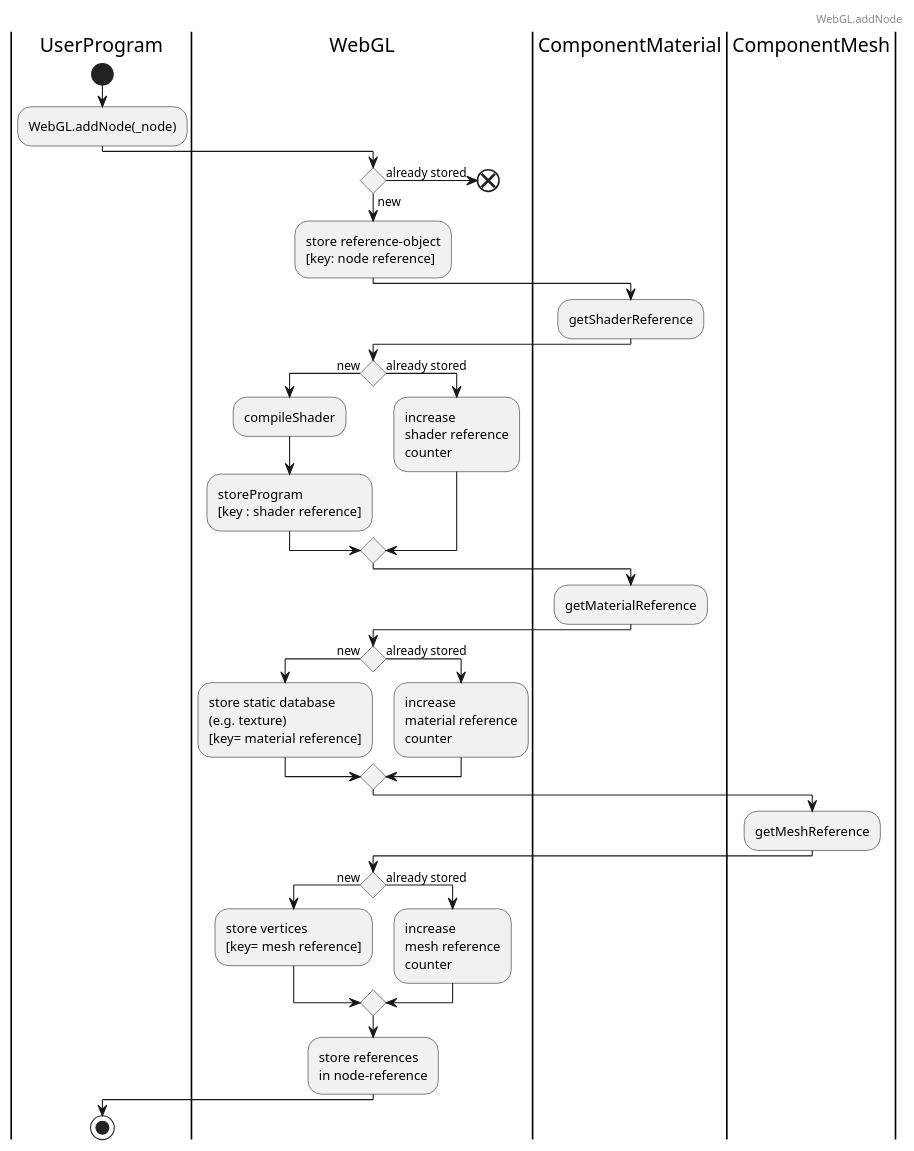
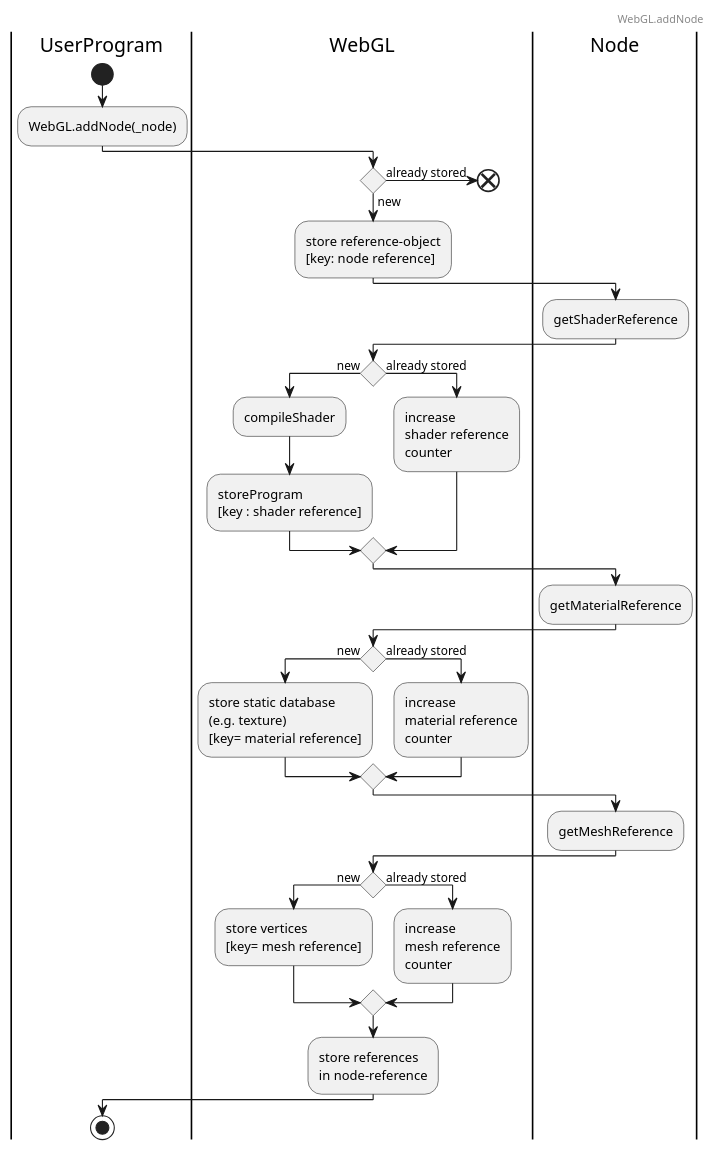
One commit to JirkaDellOro/FUDGE changed the first of 3 diagrams in Design/WebGL_Proposal_Node-Processing.puml. Above: the diagram before and after it, drawn with PlantUML. The commit also changed other lines of this file, not shown here.

```diff
--- a/Design/WebGL_Proposal_Node-Processing.puml
+++ b/Design/WebGL_Proposal_Node-Processing.puml
@@ -1,60 +1,57 @@
 @startuml WebG.addNode
 header 
 WebGL.addNode
 endheader
 |UserProgram|
-'|Viewport|
 |WebGL|
-'|Node|
-|ComponentMaterial|
-|ComponentMesh|
+|Node|
 |UserProgram|
 start
 :WebGL.addNode(_node);
 |WebGL|
 if () then (already stored)
     end
 else (new)
     :store reference-object
     [key: node reference];
 endif
-|ComponentMaterial|
+|Node|
 :getShaderReference;
 |WebGL|
 if () then (new)
     :compileShader;
     :storeProgram
     [key : shader reference];
 else (already stored)
     :increase
     shader reference
     counter;
 endif
-|ComponentMaterial|
+|Node|
 :getMaterialReference;
 |WebGL|
 if () then (new)
     :store static database
     (e.g. texture)
     [key= material reference];
 else (already stored)
     :increase
     material reference
     counter;
 endif
-|ComponentMesh|
+|Node|
 :getMeshReference;
 |WebGL|
 if () then (new)
     :store vertices
     [key= mesh reference];
 else (already stored)
     :increase
     mesh reference
     counter;
 endif
 :store references
 in node-reference;
 |UserProgram|
 stop
 @enduml
```
